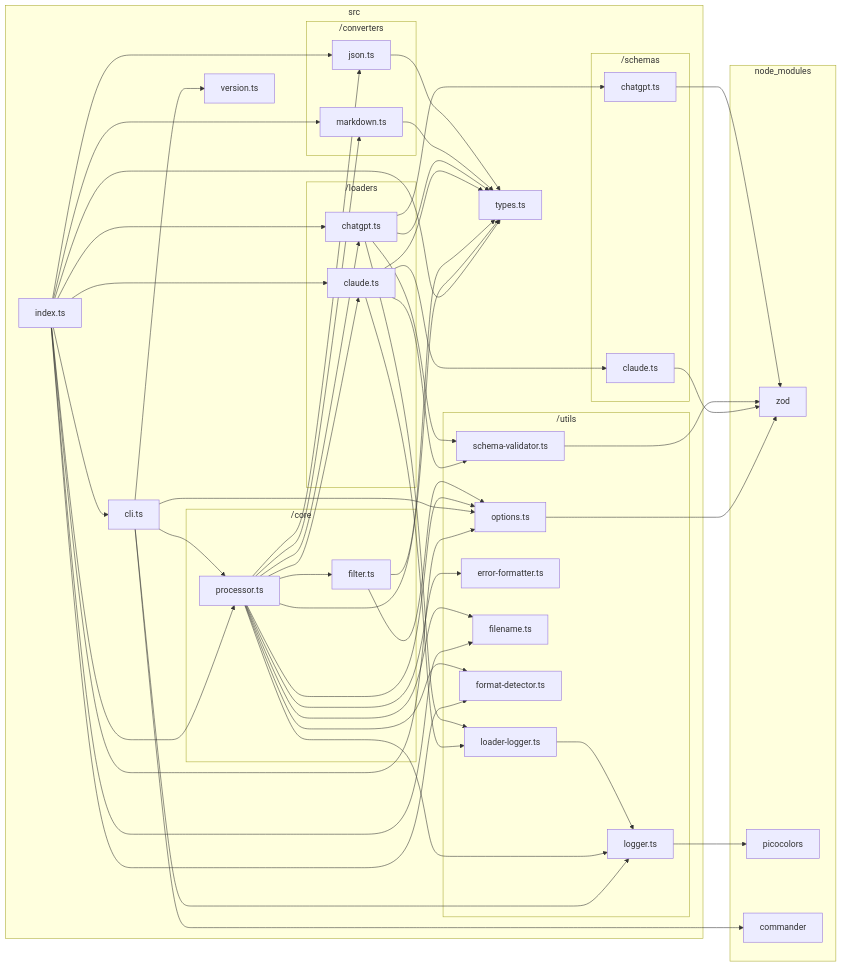
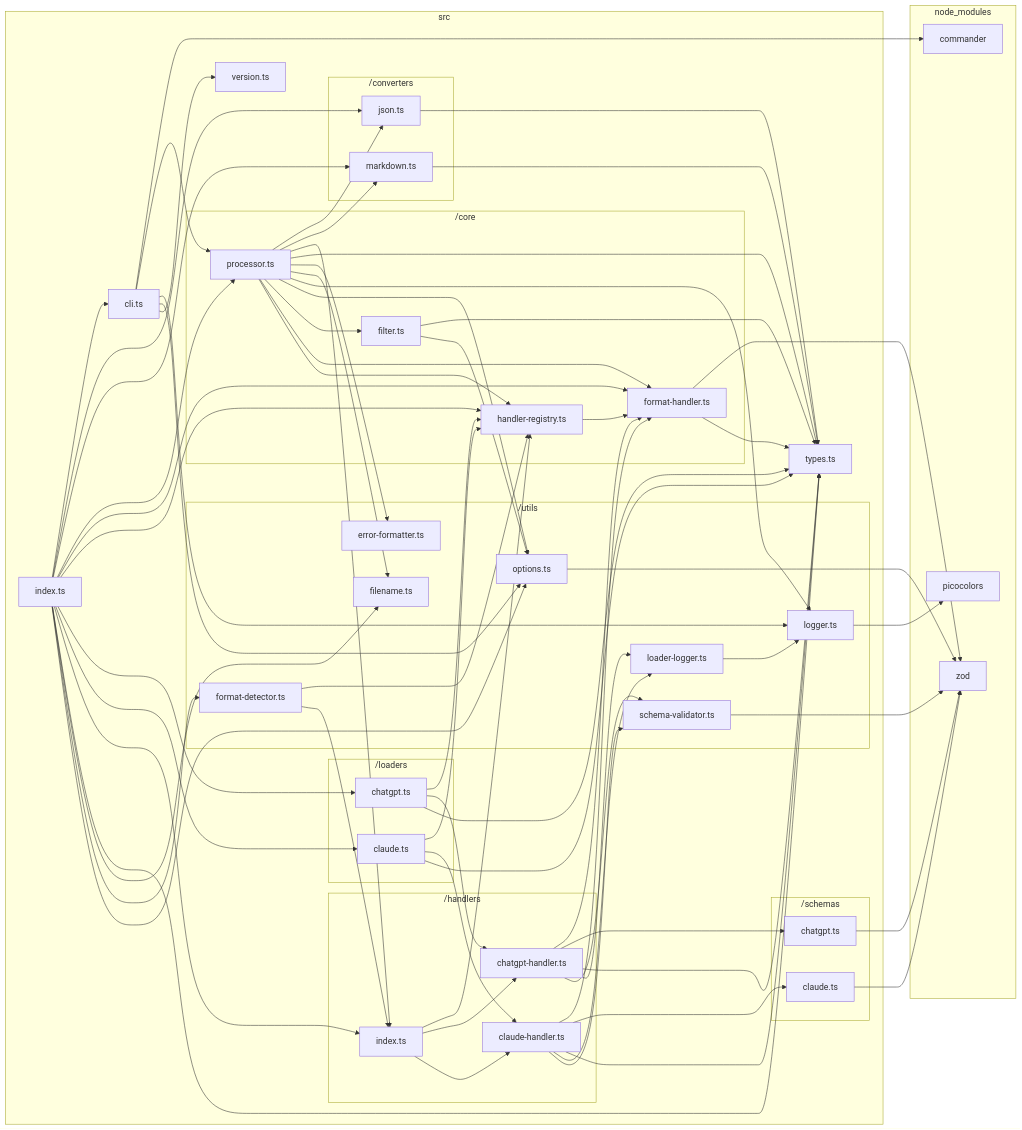
The diagram in docs/dependency-graphs/typescript-graph.md (sugurutakahashi-1234/ai-chat-md-export), drawn with Mermaid before and after one commit. The commit also changed 11 other files, not shown here.

Commit message:
feat: implement format handler system with ChatGPT and Claude handlers

```diff
--- a/docs/dependency-graphs/typescript-graph.md
+++ b/docs/dependency-graphs/typescript-graph.md
@@ -15,6 +15,12 @@
             src/converters/json.ts["json.ts"]
             src/converters/markdown.ts["markdown.ts"]
         end
+        subgraph src/core["/core"]
+            src/core/format//handler.ts["format-handler.ts"]
+            src/core/handler//registry.ts["handler-registry.ts"]
+            src/core/filter.ts["filter.ts"]
+            src/core/processor.ts["processor.ts"]
+        end
         subgraph src/schemas["/schemas"]
             src/schemas/chatgpt.ts["chatgpt.ts"]
             src/schemas/claude.ts["claude.ts"]
@@ -25,16 +31,17 @@
             src/utils/schema//validator.ts["schema-validator.ts"]
             src/utils/error//formatter.ts["error-formatter.ts"]
             src/utils/filename.ts["filename.ts"]
+            src/utils/options.ts["options.ts"]
             src/utils/format//detector.ts["format-detector.ts"]
-            src/utils/options.ts["options.ts"]
+        end
+        subgraph src/handlers["/handlers"]
+            src/handlers/chatgpt//handler.ts["chatgpt-handler.ts"]
+            src/handlers/claude//handler.ts["claude-handler.ts"]
+            src/handlers/index.ts["index.ts"]
         end
         subgraph src/loaders["/loaders"]
             src/loaders/chatgpt.ts["chatgpt.ts"]
             src/loaders/claude.ts["claude.ts"]
-        end
-        subgraph src/core["/core"]
-            src/core/filter.ts["filter.ts"]
-            src/core/processor.ts["processor.ts"]
         end
     end
     subgraph node//modules["node_modules"]
@@ -44,44 +51,63 @@
     end
     src/converters/json.ts-->src/types.ts
     src/converters/markdown.ts-->src/types.ts
+    src/core/format//handler.ts-->node//modules/zod/index.d.cts
+    src/core/format//handler.ts-->src/types.ts
+    src/core/handler//registry.ts-->src/core/format//handler.ts
     src/schemas/chatgpt.ts-->node//modules/zod/index.d.cts
     src/utils/logger.ts-->node//modules/picocolors/picocolors.d.ts
     src/utils/loader//logger.ts-->src/utils/logger.ts
     src/utils/schema//validator.ts-->node//modules/zod/index.d.cts
-    src/loaders/chatgpt.ts-->src/schemas/chatgpt.ts
-    src/loaders/chatgpt.ts-->src/types.ts
-    src/loaders/chatgpt.ts-->src/utils/loader//logger.ts
-    src/loaders/chatgpt.ts-->src/utils/schema//validator.ts
+    src/handlers/chatgpt//handler.ts-->src/core/format//handler.ts
+    src/handlers/chatgpt//handler.ts-->src/schemas/chatgpt.ts
+    src/handlers/chatgpt//handler.ts-->src/types.ts
+    src/handlers/chatgpt//handler.ts-->src/utils/loader//logger.ts
+    src/handlers/chatgpt//handler.ts-->src/utils/schema//validator.ts
     src/schemas/claude.ts-->node//modules/zod/index.d.cts
-    src/loaders/claude.ts-->src/schemas/claude.ts
-    src/loaders/claude.ts-->src/types.ts
-    src/loaders/claude.ts-->src/utils/loader//logger.ts
-    src/loaders/claude.ts-->src/utils/schema//validator.ts
+    src/handlers/claude//handler.ts-->src/core/format//handler.ts
+    src/handlers/claude//handler.ts-->src/schemas/claude.ts
+    src/handlers/claude//handler.ts-->src/types.ts
+    src/handlers/claude//handler.ts-->src/utils/loader//logger.ts
+    src/handlers/claude//handler.ts-->src/utils/schema//validator.ts
+    src/handlers/index.ts-->src/core/handler//registry.ts
+    src/handlers/index.ts-->src/handlers/chatgpt//handler.ts
+    src/handlers/index.ts-->src/handlers/claude//handler.ts
     src/utils/options.ts-->node//modules/zod/index.d.cts
     src/core/filter.ts-->src/types.ts
     src/core/filter.ts-->src/utils/options.ts
     src/core/processor.ts-->src/converters/json.ts
     src/core/processor.ts-->src/converters/markdown.ts
-    src/core/processor.ts-->src/loaders/chatgpt.ts
-    src/core/processor.ts-->src/loaders/claude.ts
+    src/core/processor.ts-->src/handlers/index.ts
     src/core/processor.ts-->src/types.ts
     src/core/processor.ts-->src/utils/error//formatter.ts
     src/core/processor.ts-->src/utils/filename.ts
-    src/core/processor.ts-->src/utils/format//detector.ts
     src/core/processor.ts-->src/utils/logger.ts
     src/core/processor.ts-->src/utils/options.ts
     src/core/processor.ts-->src/core/filter.ts
+    src/core/processor.ts-->src/core/format//handler.ts
+    src/core/processor.ts-->src/core/handler//registry.ts
     src/cli.ts-->node//modules/commander/typings/index.d.ts
     src/cli.ts-->src/core/processor.ts
     src/cli.ts-->src/utils/logger.ts
     src/cli.ts-->src/utils/options.ts
     src/cli.ts-->src/version.ts
+    src/loaders/chatgpt.ts-->src/core/handler//registry.ts
+    src/loaders/chatgpt.ts-->src/handlers/chatgpt//handler.ts
+    src/loaders/chatgpt.ts-->src/types.ts
+    src/loaders/claude.ts-->src/core/handler//registry.ts
+    src/loaders/claude.ts-->src/handlers/claude//handler.ts
+    src/loaders/claude.ts-->src/types.ts
+    src/utils/format//detector.ts-->src/core/handler//registry.ts
+    src/utils/format//detector.ts-->src/handlers/index.ts
     src/index.ts-->src/cli.ts
     src/index.ts-->src/converters/json.ts
     src/index.ts-->src/converters/markdown.ts
     src/index.ts-->src/core/processor.ts
+    src/index.ts-->src/core/format//handler.ts
+    src/index.ts-->src/core/handler//registry.ts
     src/index.ts-->src/loaders/chatgpt.ts
     src/index.ts-->src/loaders/claude.ts
+    src/index.ts-->src/handlers/index.ts
     src/index.ts-->src/types.ts
     src/index.ts-->src/utils/filename.ts
     src/index.ts-->src/utils/format//detector.ts
```
